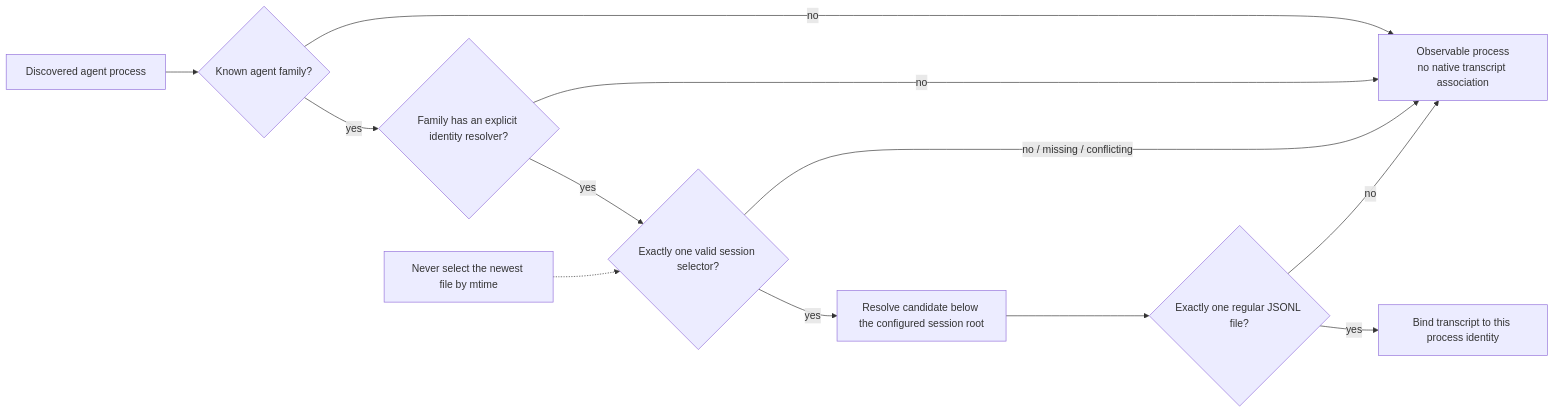
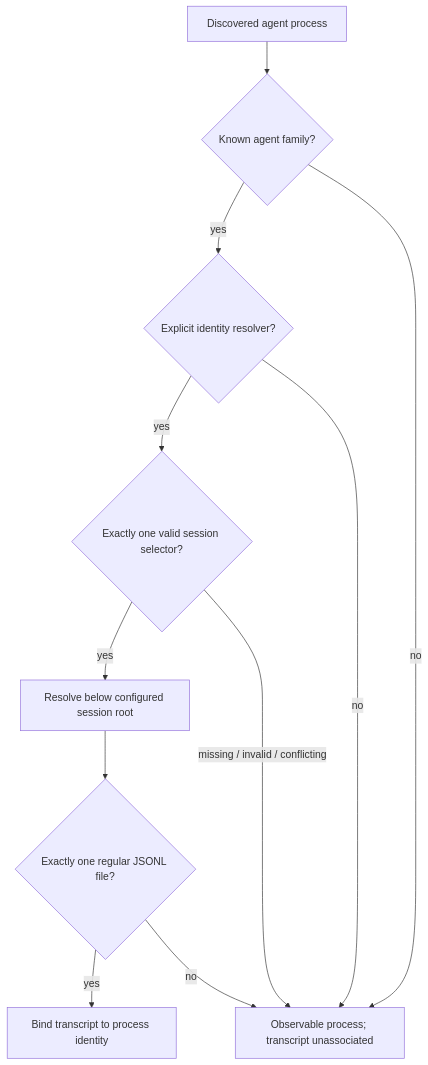
The fourth of 6 diagrams in docs/visual-architecture.md (dengyie/agent-fleet), drawn with Mermaid before and after one commit. The commit also changed other lines of this file and 39 other files, not shown here.

Commit message:
docs: publish visual architecture and evidence

````diff
--- a/docs/visual-architecture.md
+++ b/docs/visual-architecture.md
@@ -110,15 +135,13 @@
 ```mermaid
-flowchart LR
+flowchart TB
     Process["Discovered agent process"] --> Family{"Known agent family?"}
-    Family -- "no" --> Unassociated["Observable process<br/>no native transcript association"]
-    Family -- "yes" --> Resolver{"Family has an explicit identity resolver?"}
+    Family -- "yes" --> Resolver{"Explicit identity resolver?"}
+    Resolver -- "yes" --> Selector{"Exactly one valid session selector?"}
+    Selector -- "yes" --> Path["Resolve below configured session root"]
+    Path --> Unique{"Exactly one regular JSONL file?"}
+    Unique -- "yes" --> Bound["Bind transcript to process identity"]
+    Family -- "no" --> Unassociated["Observable process; transcript unassociated"]
     Resolver -- "no" --> Unassociated
-    Resolver -- "yes" --> Selector{"Exactly one valid session selector?"}
-    Selector -- "no / missing / conflicting" --> Unassociated
-    Selector -- "yes" --> Path["Resolve candidate below the configured session root"]
-    Path --> Unique{"Exactly one regular JSONL file?"}
+    Selector -- "missing / invalid / conflicting" --> Unassociated
     Unique -- "no" --> Unassociated
-    Unique -- "yes" --> Bound["Bind transcript to this process identity"]
-
-    Note["Never select the newest file by mtime"] -.-> Selector
 ```
````
